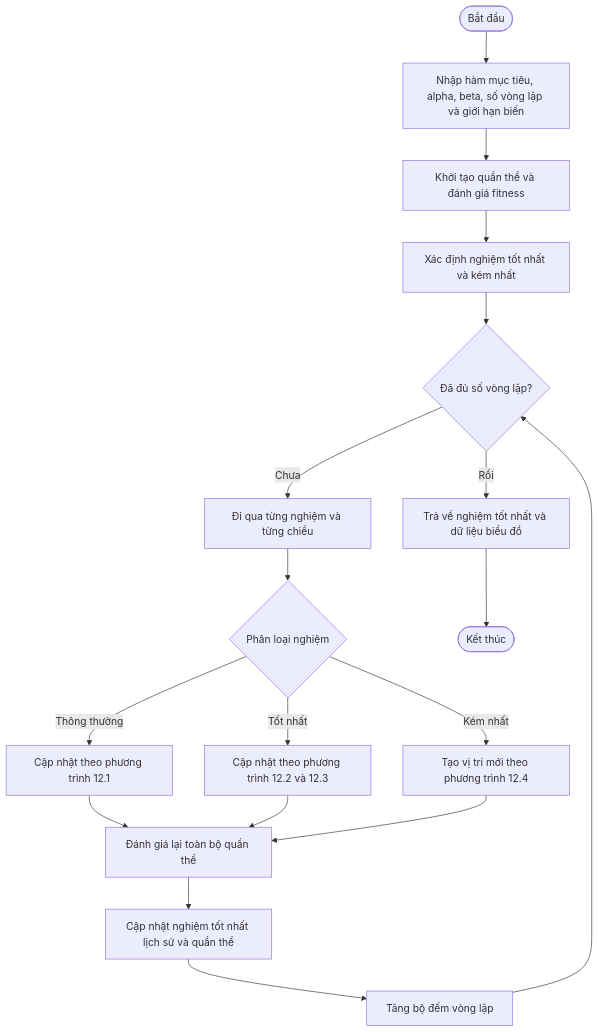
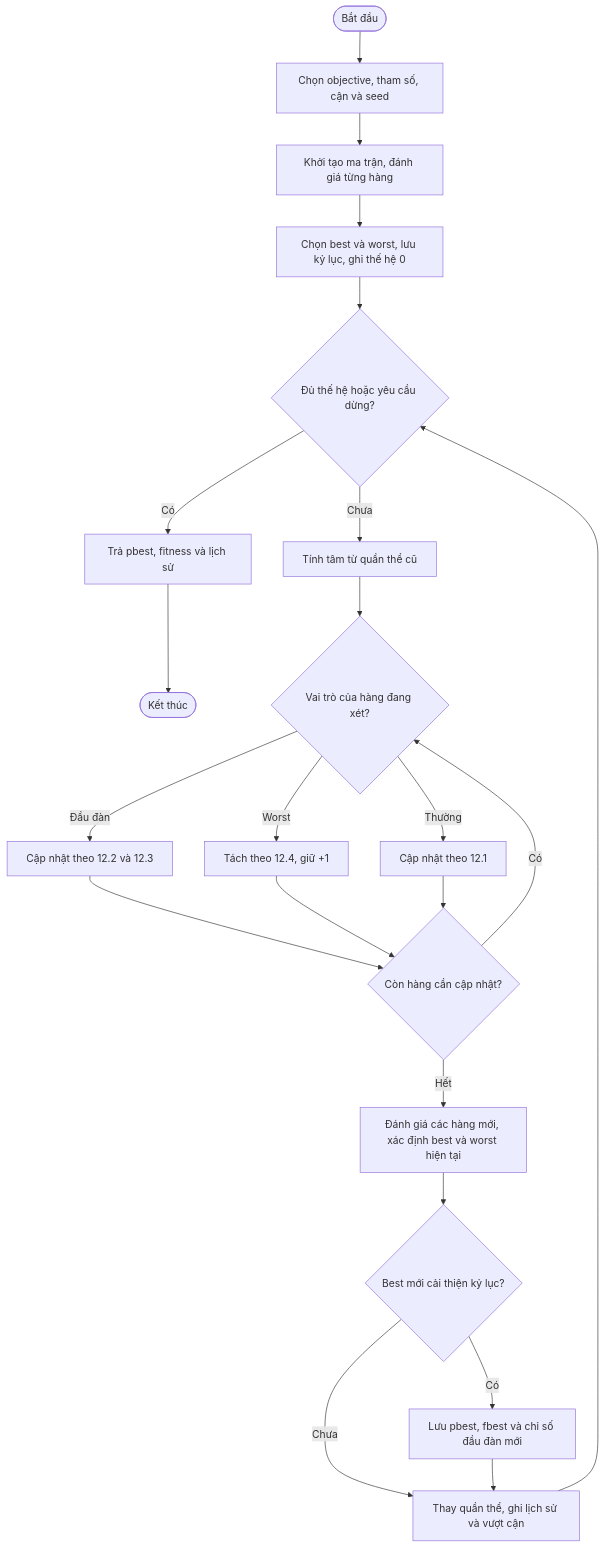
The diagram in docs/FLOWCHART.md (datweb07/Elephant-Herding-Optimization-Seminar), drawn with Mermaid before and after one commit. The commit also changed other lines of this file and 47 other files, not shown here.

````diff
--- a/docs/FLOWCHART.md
+++ b/docs/FLOWCHART.md
@@ -5,20 +5,24 @@
 ```mermaid
 flowchart TD
-    A([Bắt đầu]) --> B[Nhập hàm mục tiêu, alpha, beta, số vòng lặp và giới hạn biến]
-    B --> C[Khởi tạo quần thể và đánh giá fitness]
-    C --> D[Xác định nghiệm tốt nhất và kém nhất]
-    D --> E{Đã đủ số vòng lặp?}
-    E -- Chưa --> F[Đi qua từng nghiệm và từng chiều]
-    F --> G{Phân loại nghiệm}
-    G -- Thông thường --> H[Cập nhật theo phương trình 12.1]
-    G -- Tốt nhất --> I[Cập nhật theo phương trình 12.2 và 12.3]
-    G -- Kém nhất --> J[Tạo vị trí mới theo phương trình 12.4]
-    H --> K[Đánh giá lại toàn bộ quần thể]
-    I --> K
-    J --> K
-    K --> L[Cập nhật nghiệm tốt nhất lịch sử và quần thể]
-    L --> M[Tăng bộ đếm vòng lặp]
+    A([Bắt đầu]) --> B["Chọn objective, tham số, cận và seed"]
+    B --> C["Khởi tạo ma trận, đánh giá từng hàng"]
+    C --> D["Chọn best và worst, lưu kỷ lục, ghi thế hệ 0"]
+    D --> E{"Đủ thế hệ hoặc yêu cầu dừng?"}
+    E -- Có --> N["Trả pbest, fitness và lịch sử"]
+    N --> O([Kết thúc])
+    E -- Chưa --> F["Tính tâm từ quần thể cũ"]
+    F --> G{"Vai trò của hàng đang xét?"}
+    G -- Đầu đàn --> I["Cập nhật theo 12.2 và 12.3"]
+    G -- Worst --> J["Tách theo 12.4, giữ +1"]
+    G -- Thường --> H["Cập nhật theo 12.1"]
+    I --> R{"Còn hàng cần cập nhật?"}
+    J --> R
+    H --> R
+    R -- Có --> G
+    R -- Hết --> K["Đánh giá các hàng mới, xác định best và worst hiện tại"]
+    K --> Q{"Best mới cải thiện kỷ lục?"}
+    Q -- Có --> L["Lưu pbest, fbest và chỉ số đầu đàn mới"]
+    Q -- Chưa --> M["Thay quần thể, ghi lịch sử và vượt cận"]
+    L --> M
     M --> E
-    E -- Rồi --> N[Trả về nghiệm tốt nhất và dữ liệu biểu đồ]
-    N --> O([Kết thúc])
 ```
````
